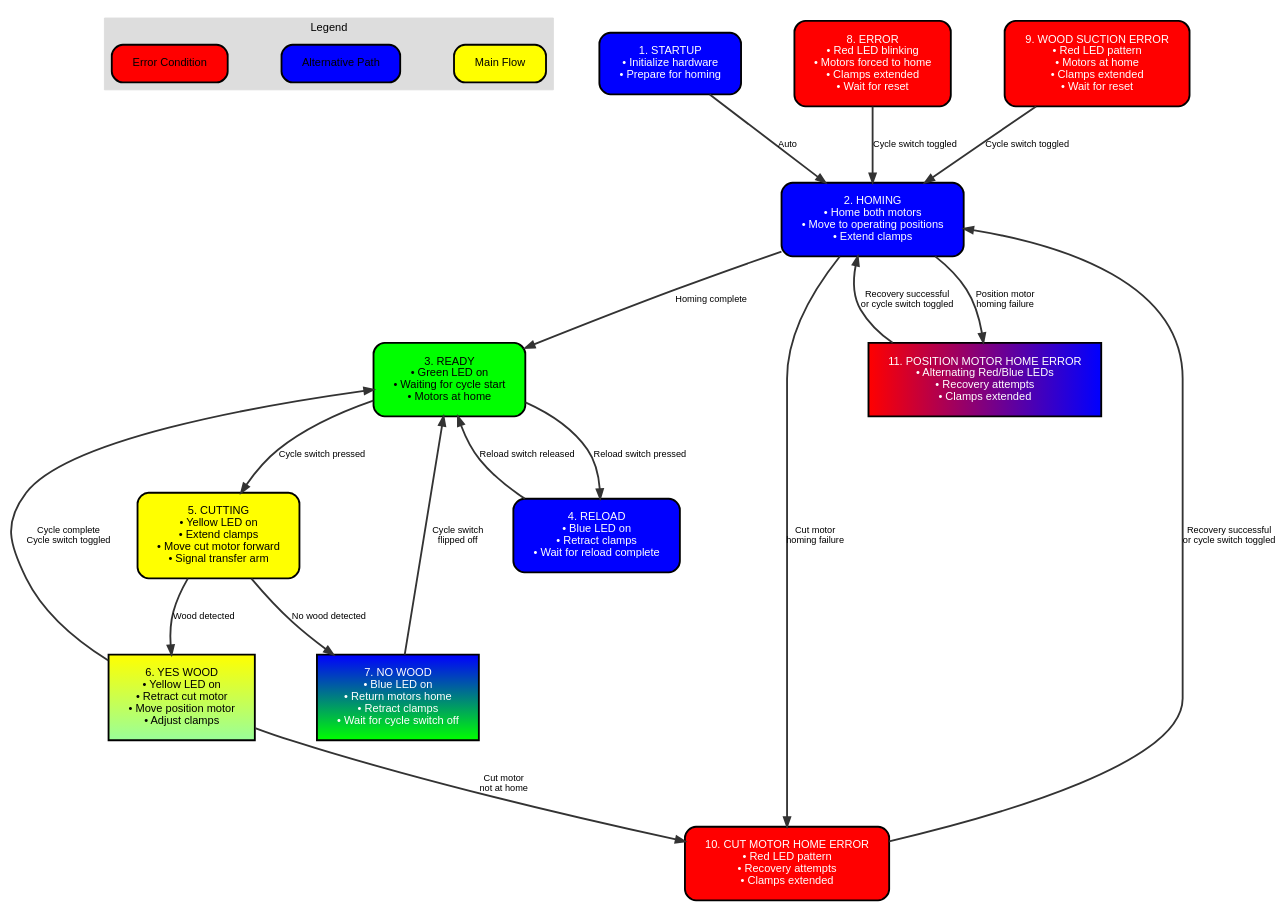
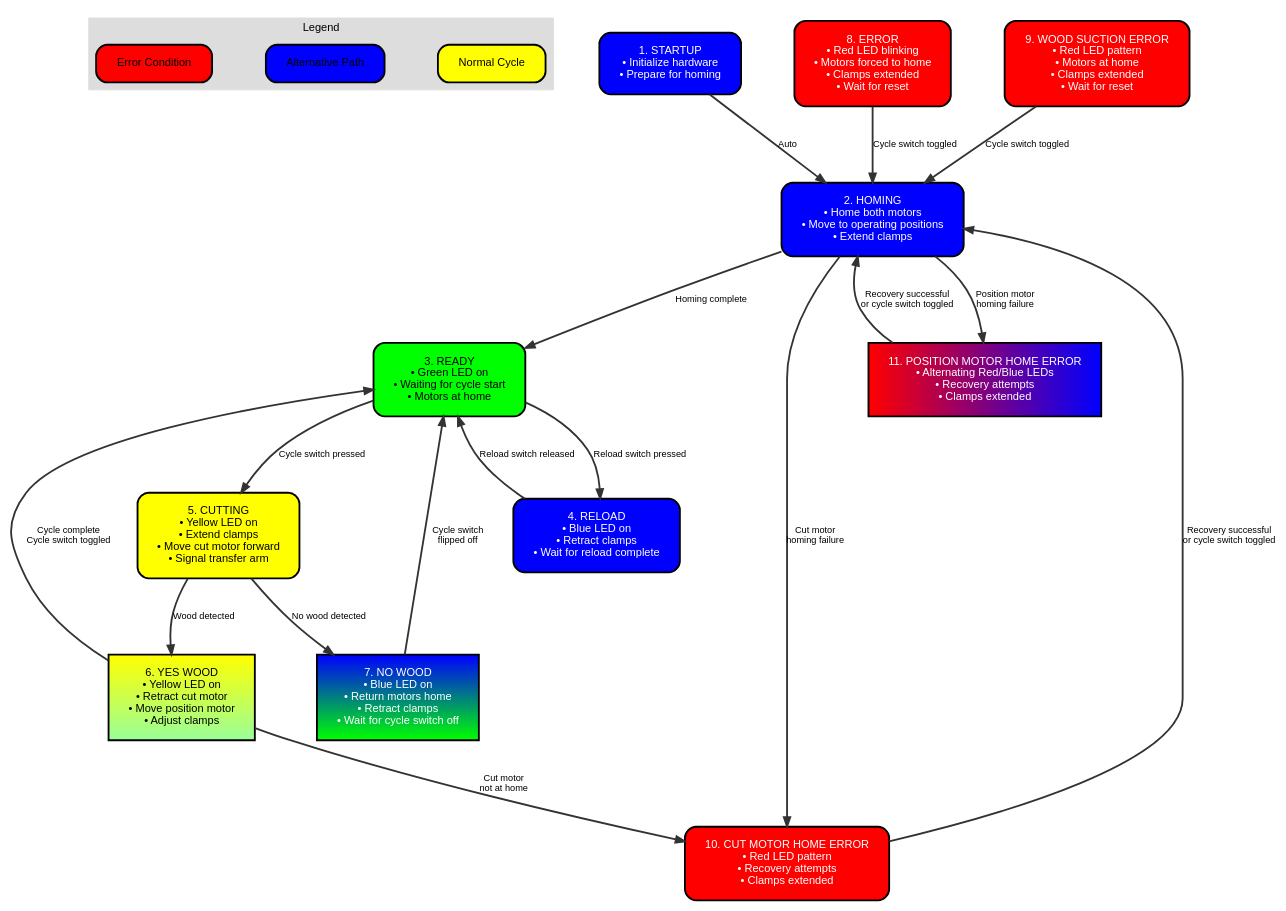
Before and after one commit to akivaweil/Stage-1-Mar25: the diagram in flowcharts/cutting_machine_flowchart.dot, drawn with Graphviz. The commit also changed 1 other file, not shown here.

Commit message:
Renamed 'Main Flow' to 'Normal Cycle' in flowchart legend

```diff
--- a/flowcharts/cutting_machine_flowchart.dot
+++ b/flowcharts/cutting_machine_flowchart.dot
@@ -1,45 +1,45 @@
-digraph StateMachine { graph [rankdir=TB, fontname="Arial", splines=true, nodesep=0.8, ranksep=1.0]; node [shape=rect, style=rounded, fontname="Arial", fontsize=12, style="filled,rounded", margin="0.3,0.2", penwidth=2.0]; edge [fontname="Arial", fontsize=10, color="#333333", penwidth=2.0]; subgraph cluster_legend { label="Legend"; style=filled; color="#DDDDDD"; fontname="Arial"; fontsize=12; legend_main [label="Main Flow", fillcolor="#FFFF00", style="filled,rounded"]; legend_alt [label="Alternative Path", fillcolor="#0000FF", style="filled,rounded"]; legend_error [label="Error Condition", fillcolor="#FF0000", style="filled,rounded"]; } START [label="1. STARTUP
+digraph StateMachine { graph [rankdir=TB, fontname="Arial", splines=true, nodesep=0.8, ranksep=1.0]; node [shape=rect, style=rounded, fontname="Arial", fontsize=12, style="filled,rounded", margin="0.3,0.2", penwidth=2.0]; edge [fontname="Arial", fontsize=10, color="#333333", penwidth=2.0]; subgraph cluster_legend { label="Legend"; style=filled; color="#DDDDDD"; fontname="Arial"; fontsize=12; legend_main [label="Normal Cycle", fillcolor="#FFFF00", style="filled,rounded"]; legend_alt [label="Alternative Path", fillcolor="#0000FF", style="filled,rounded"]; legend_error [label="Error Condition", fillcolor="#FF0000", style="filled,rounded"]; } START [label="1. STARTUP
 • Initialize hardware
 • Prepare for homing", fillcolor="#0000FF", fontcolor="white"]; HOMING [label="2. HOMING
 • Home both motors
 • Move to operating positions
 • Extend clamps", fillcolor="#0000FF", fontcolor="white"]; READY [label="3. READY
 • Green LED on
 • Waiting for cycle start
 • Motors at home", fillcolor="#00FF00"]; RELOAD [label="4. RELOAD
 • Blue LED on
 • Retract clamps
 • Wait for reload complete", fillcolor="#0000FF", fontcolor="white"]; CUTTING [label="5. CUTTING
 • Yellow LED on
 • Extend clamps
 • Move cut motor forward
 • Signal transfer arm", fillcolor="#FFFF00"]; YESWOOD [label="6. YES WOOD
 • Yellow LED on
 • Retract cut motor
 • Move position motor
 • Adjust clamps", style="filled", fillcolor="#FFFF00:#99FF99", gradientangle=270]; NOWOOD [label="7. NO WOOD
 • Blue LED on
 • Return motors home
 • Retract clamps
 • Wait for cycle switch off", style="filled", fillcolor="#0000FF:#00FF00", fontcolor="white", gradientangle=270]; ERROR [label="8. ERROR
 • Red LED blinking
 • Motors forced to home
 • Clamps extended
 • Wait for reset", fillcolor="#FF0000", fontcolor="white"]; WOOD_SUCTION_ERROR [label="9. WOOD SUCTION ERROR
 • Red LED pattern
 • Motors at home
 • Clamps extended
 • Wait for reset", fillcolor="#FF0000", fontcolor="white"]; CUT_MOTOR_HOME_ERROR [label="10. CUT MOTOR HOME ERROR
 • Red LED pattern
 • Recovery attempts
 • Clamps extended", fillcolor="#FF0000", fontcolor="white"]; POSITION_MOTOR_HOME_ERROR [label="11. POSITION MOTOR HOME ERROR
 • Alternating Red/Blue LEDs
 • Recovery attempts
 • Clamps extended", style="filled", fillcolor="#FF0000:#0000FF", fontcolor="white", gradientangle=0]; START -> HOMING [label="Auto"]; HOMING -> READY [label="Homing complete"]; HOMING -> CUT_MOTOR_HOME_ERROR [label="Cut motor
 homing failure"]; HOMING -> POSITION_MOTOR_HOME_ERROR [label="Position motor
 homing failure"]; READY -> CUTTING [label="Cycle switch pressed"]; READY -> RELOAD [label="Reload switch pressed"]; RELOAD -> READY [label="Reload switch released"]; CUTTING -> YESWOOD [label="Wood detected"]; CUTTING -> NOWOOD [label="No wood detected"]; YESWOOD -> READY [label="Cycle complete
 Cycle switch toggled"]; YESWOOD -> CUT_MOTOR_HOME_ERROR [label="Cut motor
 not at home"]; NOWOOD -> READY [label="Cycle switch
 flipped off"]; WOOD_SUCTION_ERROR -> HOMING [label="Cycle switch toggled"]; CUT_MOTOR_HOME_ERROR -> HOMING [label="Recovery successful
 or cycle switch toggled"]; POSITION_MOTOR_HOME_ERROR -> HOMING [label="Recovery successful
 or cycle switch toggled"]; ERROR -> HOMING [label="Cycle switch toggled"]; }
```
